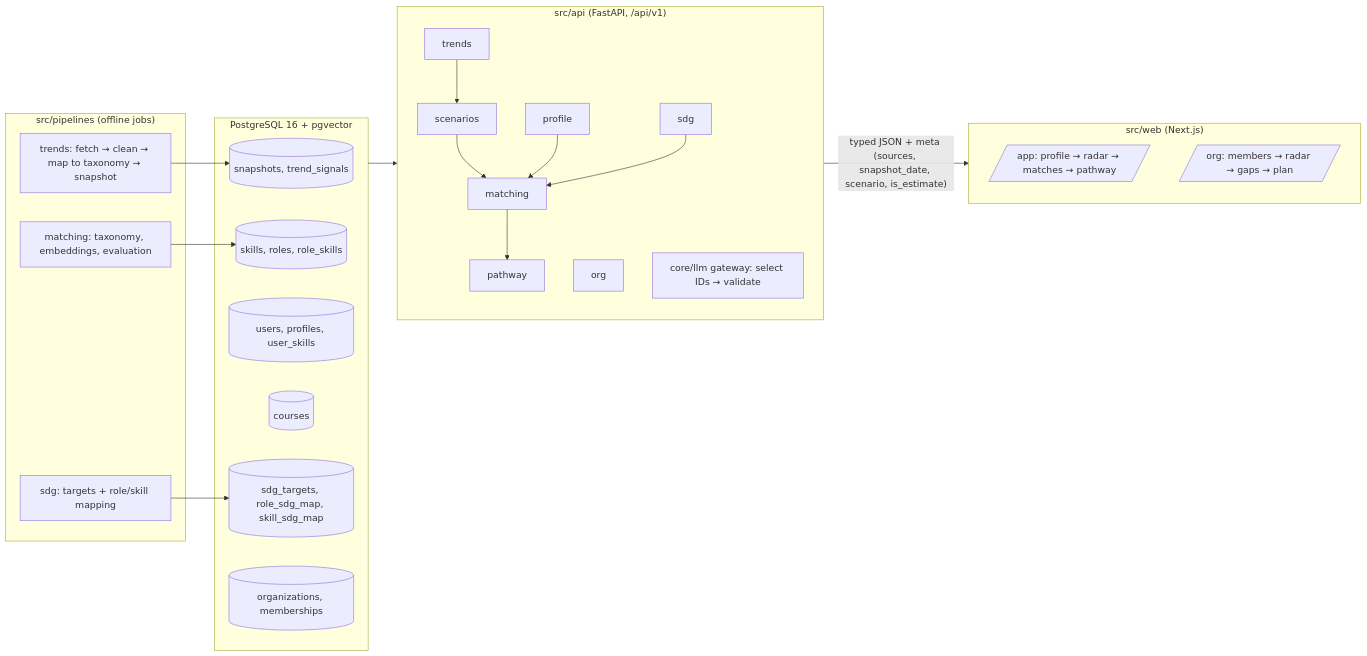
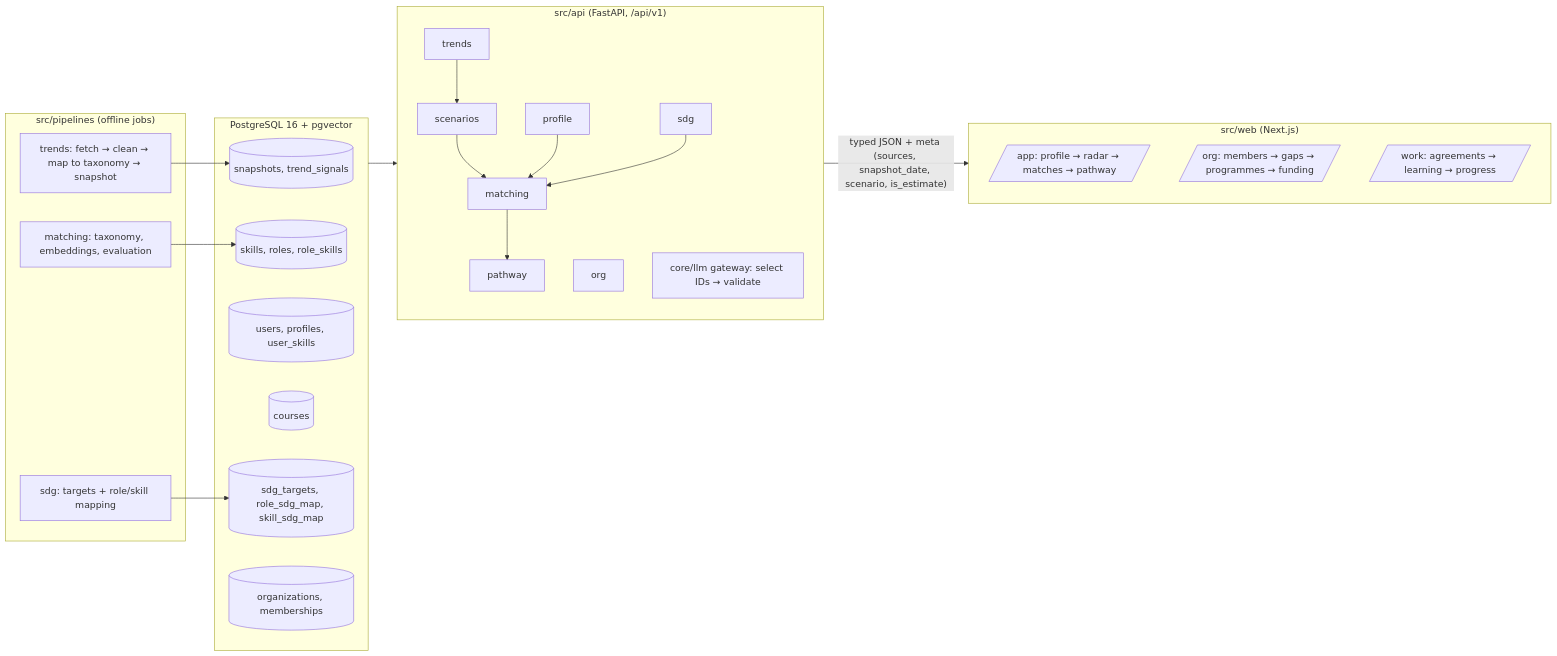
Before and after one commit to pecel-lelele/adept: the diagram in docs/architecture.md, drawn with Mermaid. The commit also changed other lines of this file and 29 other files, not shown here.

````diff
--- a/docs/architecture.md
+++ b/docs/architecture.md
@@ -5,32 +5,33 @@
 ```mermaid
 flowchart LR
   subgraph Offline["src/pipelines (offline jobs)"]
     T[trends: fetch → clean → map to taxonomy → snapshot]
     M[matching: taxonomy, embeddings, evaluation]
     S[sdg: targets + role/skill mapping]
   end
   subgraph DB["PostgreSQL 16 + pgvector"]
     snap[(snapshots, trend_signals)]
     tax[(skills, roles, role_skills)]
     prof[(users, profiles, user_skills)]
     cat[(courses)]
     sdg[(sdg_targets, role_sdg_map, skill_sdg_map)]
     org[(organizations, memberships)]
   end
   subgraph API["src/api (FastAPI, /api/v1)"]
     r1[trends] --> r2[scenarios] --> r3[matching] --> r4[pathway]
     r5[profile] --> r3
     r6[sdg] --> r3
     r7[org]
     llm[core/llm gateway: select IDs → validate]
   end
   subgraph Web["src/web (Next.js)"]
     ind[/app: profile → radar → matches → pathway/]
-    orgw[/org: members → radar → gaps → plan/]
+    orgw[/org: members → gaps → programmes → funding/]
+    employee[/work: agreements → learning → progress/]
   end
   T --> snap
   M --> tax
   S --> sdg
   DB --> API
   API -- "typed JSON + meta (sources, snapshot_date, scenario, is_estimate)" --> Web
 ```
````
